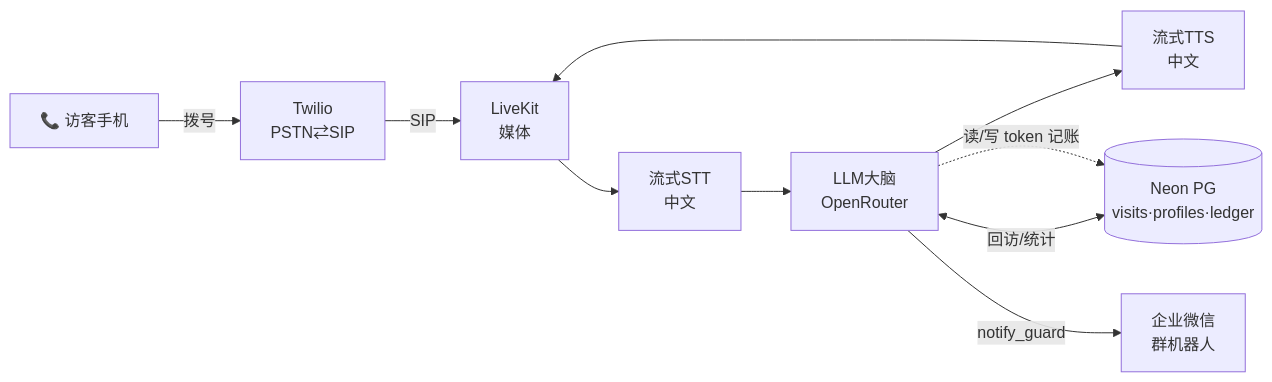
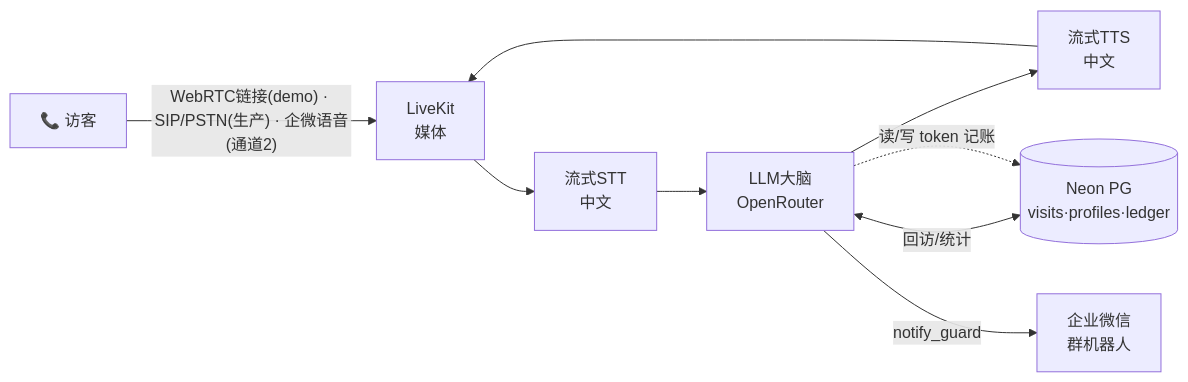
One commit to KrimsonSun/AgentGuard changed the diagram in README.md. Above: the diagram before and after it, drawn with Mermaid. The commit also changed 17 other files, not shown here.

````diff
--- a/README.md
+++ b/README.md
@@ -8,8 +8,8 @@
 ```mermaid
 flowchart LR
-    U["📞 访客手机"] -->|拨号| TW["Twilio<br/>PSTN⇄SIP"] -->|SIP| LK["LiveKit<br/>媒体"]
+    U["📞 访客"] -->|"WebRTC链接(demo) · SIP/PSTN(生产) · 企微语音(通道2)"| LK["LiveKit<br/>媒体"]
     LK --> STT["流式STT<br/>中文"] --> BRAIN["LLM大脑<br/>OpenRouter"] --> TTS["流式TTS<br/>中文"] --> LK
     BRAIN <-->|回访/统计| DB[("Neon PG<br/>visits·profiles·ledger")]
     BRAIN -->|notify_guard| WX["企业微信<br/>群机器人"]
     BRAIN -.->|读/写 token 记账| DB
 ```
````
